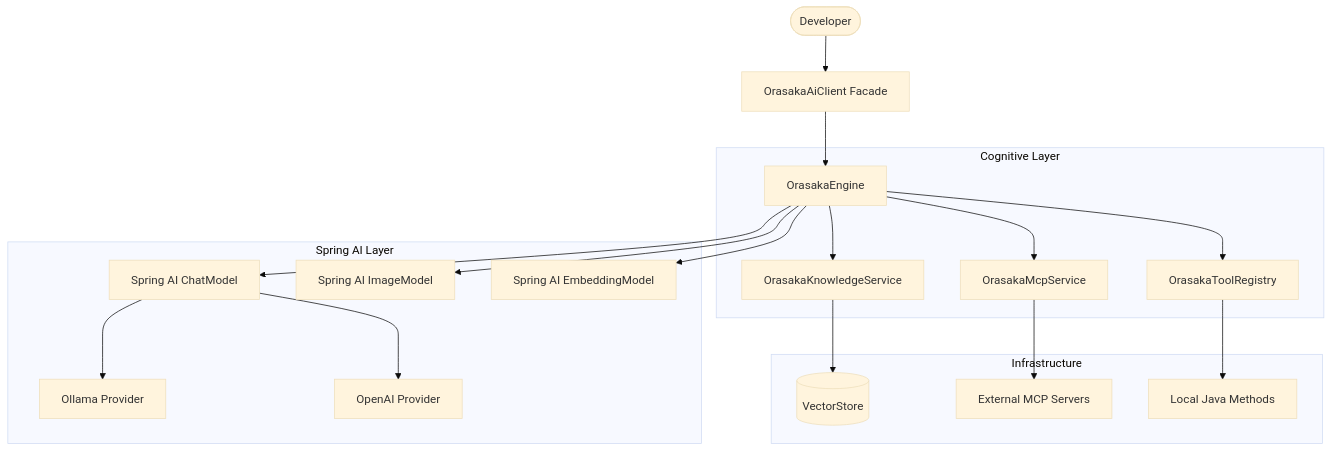
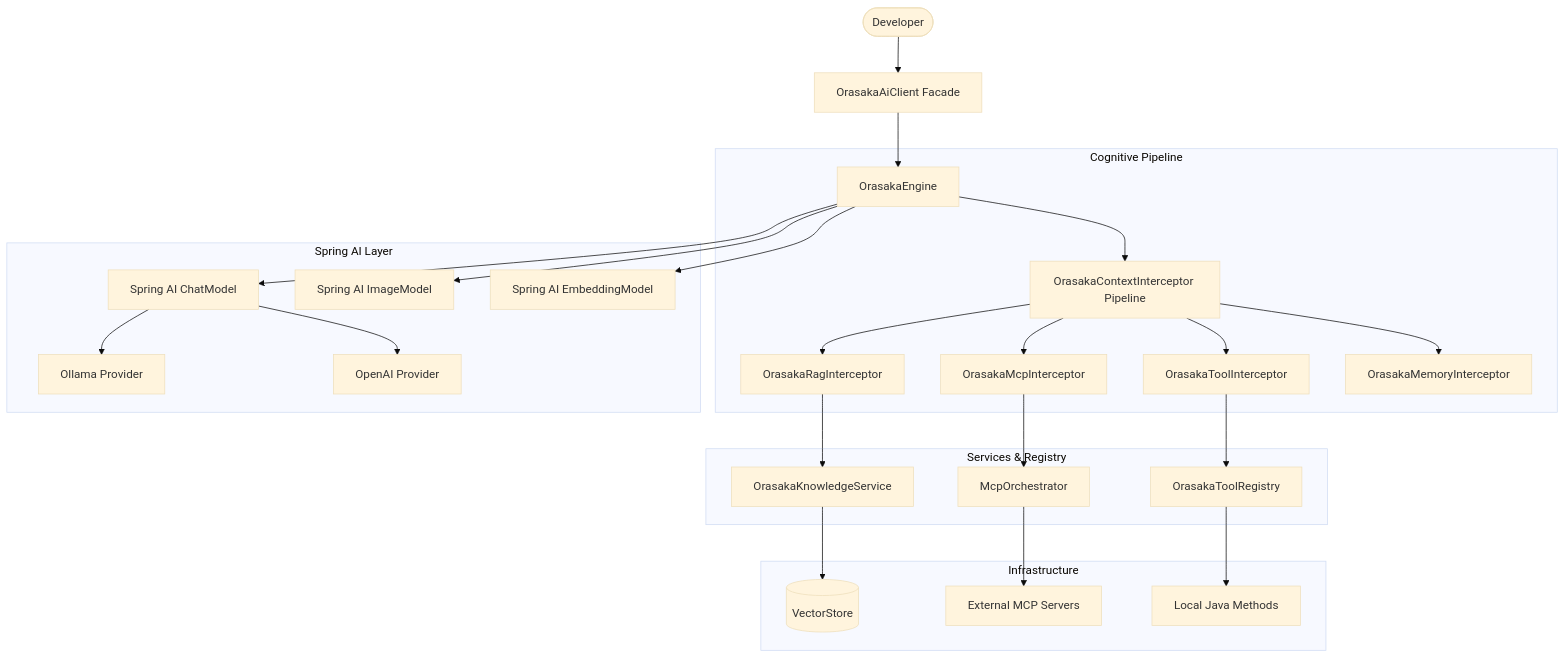
One commit to oussamaABID/orasaka changed the third of 3 diagrams in docs/ARCHITECTURE.md. Above: the diagram before and after it, drawn with Mermaid (base theme). The commit also changed 5 other files, not shown here.

````diff
--- a/docs/ARCHITECTURE.md
+++ b/docs/ARCHITECTURE.md
@@ -102,26 +102,34 @@
 ```mermaid
 graph TD
     User([Developer]) --> Client[OrasakaAiClient Facade]
     Client --> Engine[OrasakaEngine]
     
-    subgraph Cognitive Layer
-        Engine --> ToolRegistry[OrasakaToolRegistry]
-        Engine --> KnowledgeService[OrasakaKnowledgeService]
-        Engine --> McpService[OrasakaMcpService]
+    subgraph Cognitive Pipeline
+        Engine --> Interceptors[OrasakaContextInterceptor Pipeline]
+        Interceptors --> ToolInterceptor[OrasakaToolInterceptor]
+        Interceptors --> RagInterceptor[OrasakaRagInterceptor]
+        Interceptors --> McpInterceptor[OrasakaMcpInterceptor]
+        Interceptors --> MemoryInterceptor[OrasakaMemoryInterceptor]
+    end
+    
+    subgraph Services & Registry
+        ToolInterceptor --> ToolRegistry[OrasakaToolRegistry]
+        RagInterceptor --> KnowledgeService[OrasakaKnowledgeService]
+        McpInterceptor --> McpOrchestrator[McpOrchestrator]
     end
     
     subgraph Spring AI Layer
         Engine --> ChatModel[Spring AI ChatModel]
         Engine --> ImageModel[Spring AI ImageModel]
         Engine --> EmbeddingModel[Spring AI EmbeddingModel]
         
         ChatModel --> Ollama[Ollama Provider]
         ChatModel --> OpenAI[OpenAI Provider]
     end
     
     subgraph Infrastructure
         KnowledgeService --> VectorStore[(VectorStore)]
-        McpService --> McpServer[External MCP Servers]
+        McpOrchestrator --> McpServer[External MCP Servers]
         ToolRegistry --> JavaMethods[Local Java Methods]
     end
 ```
````
